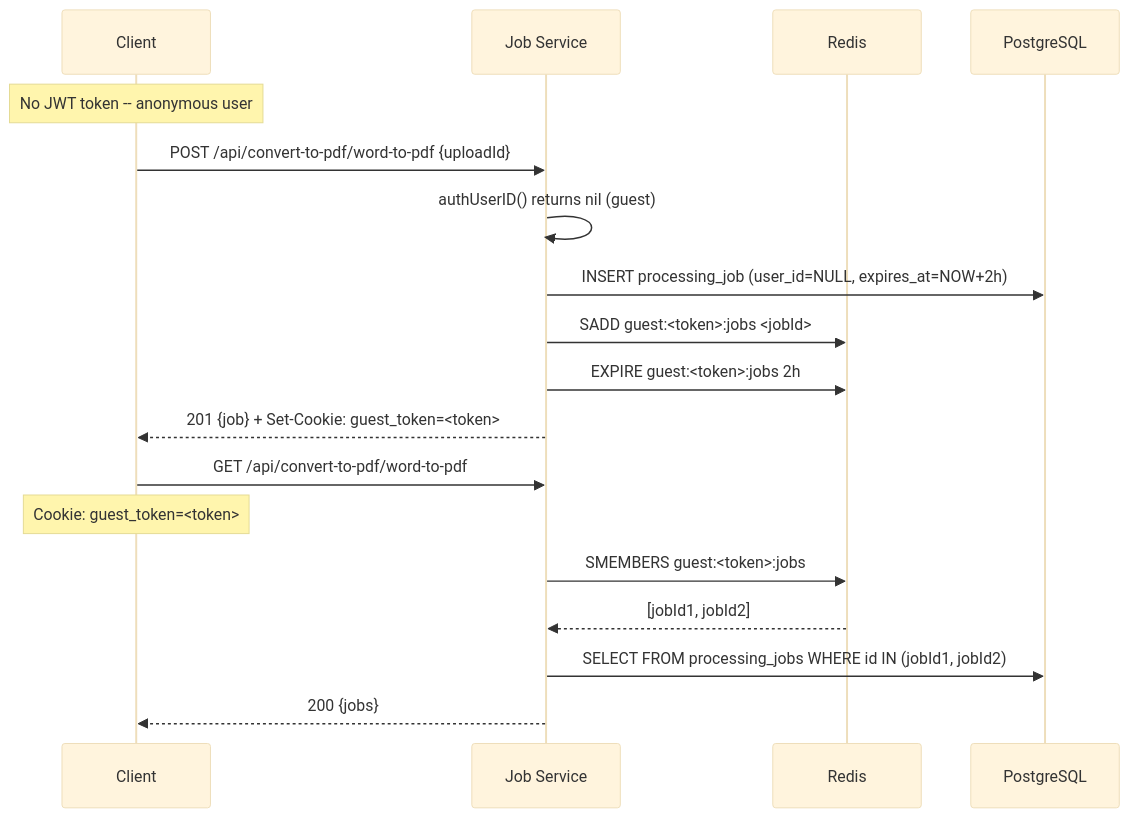
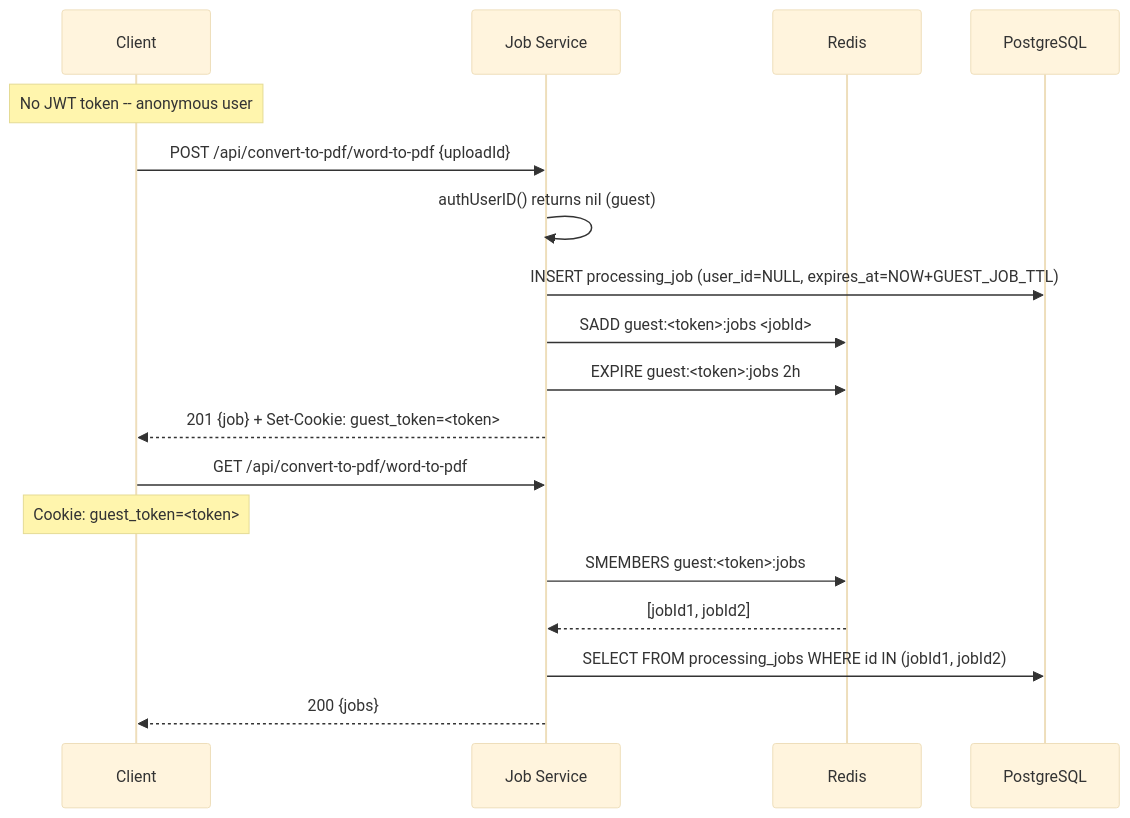
The fourth of 4 diagrams in docs/services/JOB_SERVICE.md (Prachidubey2003/fyredocs_backend), drawn with Mermaid (base theme) before and after one commit. The commit also changed other lines of this file and 12 other files, not shown here.

````diff
--- a/docs/services/JOB_SERVICE.md
+++ b/docs/services/JOB_SERVICE.md
@@ -364,23 +364,23 @@
 ```mermaid
 sequenceDiagram
     participant C as Client
     participant JS as Job Service
     participant R as Redis
     participant DB as PostgreSQL
 
     Note over C: No JWT token -- anonymous user
     C->>JS: POST /api/convert-to-pdf/word-to-pdf {uploadId}
     JS->>JS: authUserID() returns nil (guest)
-    JS->>DB: INSERT processing_job (user_id=NULL, expires_at=NOW+2h)
+    JS->>DB: INSERT processing_job (user_id=NULL, expires_at=NOW+GUEST_JOB_TTL)
 
     JS->>R: SADD guest:<token>:jobs <jobId>
     JS->>R: EXPIRE guest:<token>:jobs 2h
     JS-->>C: 201 {job} + Set-Cookie: guest_token=<token>
 
     C->>JS: GET /api/convert-to-pdf/word-to-pdf
     Note over C: Cookie: guest_token=<token>
     JS->>R: SMEMBERS guest:<token>:jobs
     R-->>JS: [jobId1, jobId2]
     JS->>DB: SELECT FROM processing_jobs WHERE id IN (jobId1, jobId2)
     JS-->>C: 200 {jobs}
 ```
````
